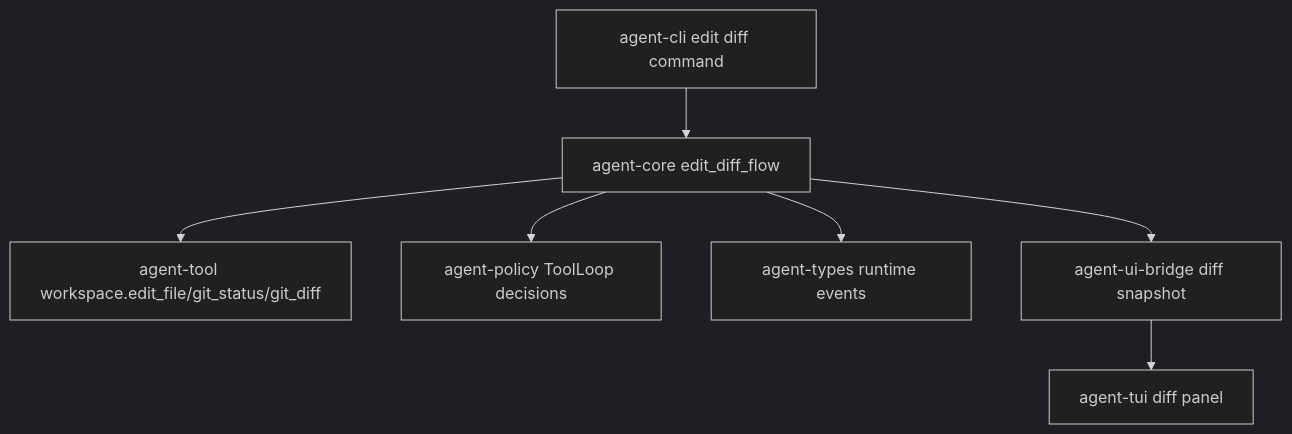
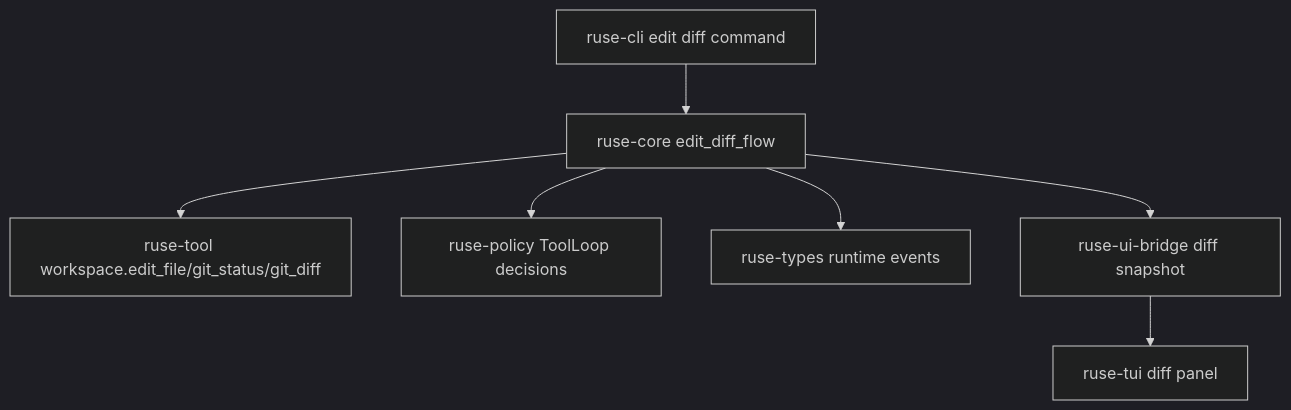
One commit to poneding/agent changed the diagram in docs/specs/M56-02-edit-diff-flow.spec.md. Above: the diagram before and after it, drawn with Mermaid (dark theme). The commit also changed other lines of this file and 2091 other files, not shown here.

First line of the commit message:
refactor: rename agent branding to ruse

````diff
--- a/docs/specs/M56-02-edit-diff-flow.spec.md
+++ b/docs/specs/M56-02-edit-diff-flow.spec.md
@@ -34,9 +34,9 @@
 ```mermaid
 flowchart TD
-  CLI["agent-cli edit diff command"] --> Core["agent-core edit_diff_flow"]
-  Core --> Tools["agent-tool workspace.edit_file/git_status/git_diff"]
-  Core --> Policy["agent-policy ToolLoop decisions"]
-  Core --> Types["agent-types runtime events"]
-  Core --> Bridge["agent-ui-bridge diff snapshot"]
-  Bridge --> TUI["agent-tui diff panel"]
+  CLI["ruse-cli edit diff command"] --> Core["ruse-core edit_diff_flow"]
+  Core --> Tools["ruse-tool workspace.edit_file/git_status/git_diff"]
+  Core --> Policy["ruse-policy ToolLoop decisions"]
+  Core --> Types["ruse-types runtime events"]
+  Core --> Bridge["ruse-ui-bridge diff snapshot"]
+  Bridge --> TUI["ruse-tui diff panel"]
 ```
````
